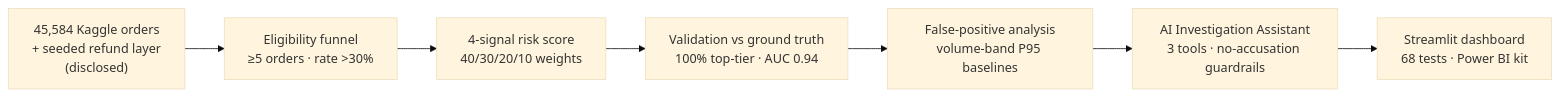
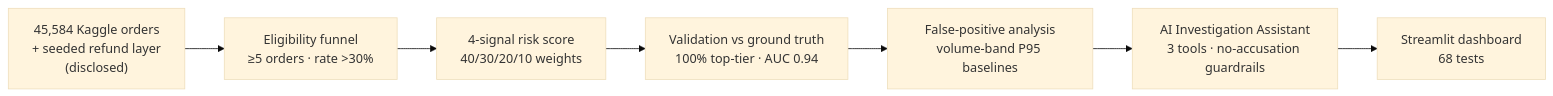
Before and after one commit to rishi-1603/zomato-refund-fraud-analytics: the diagram in README.md, drawn with Mermaid (base theme). The commit also changed other lines of this file and 2 other files, not shown here.

Commit message:
Final pre-publication audit: baseline_bands.sql query 2 made self-contained, renumber Query 9→6, README: remove claims of unbuilt Power BI .pbix, correct SQL query list (6 queries) and test counts (17→68)

````diff
--- a/README.md
+++ b/README.md
@@ -61,9 +61,9 @@
 ```mermaid
 flowchart LR
     A["45,584 Kaggle orders<br/>+ seeded refund layer<br/>(disclosed)"] --> B["Eligibility funnel<br/>≥5 orders · rate >30%"]
     B --> C["4-signal risk score<br/>40/30/20/10 weights"]
     C --> D["Validation vs ground truth<br/>100% top-tier · AUC 0.94"]
     D --> E["False-positive analysis<br/>volume-band P95 baselines"]
     E --> F["AI Investigation Assistant<br/>3 tools · no-accusation guardrails"]
-    F --> G["Streamlit dashboard<br/>68 tests · Power BI kit"]
+    F --> G["Streamlit dashboard<br/>68 tests"]
 ```
````
